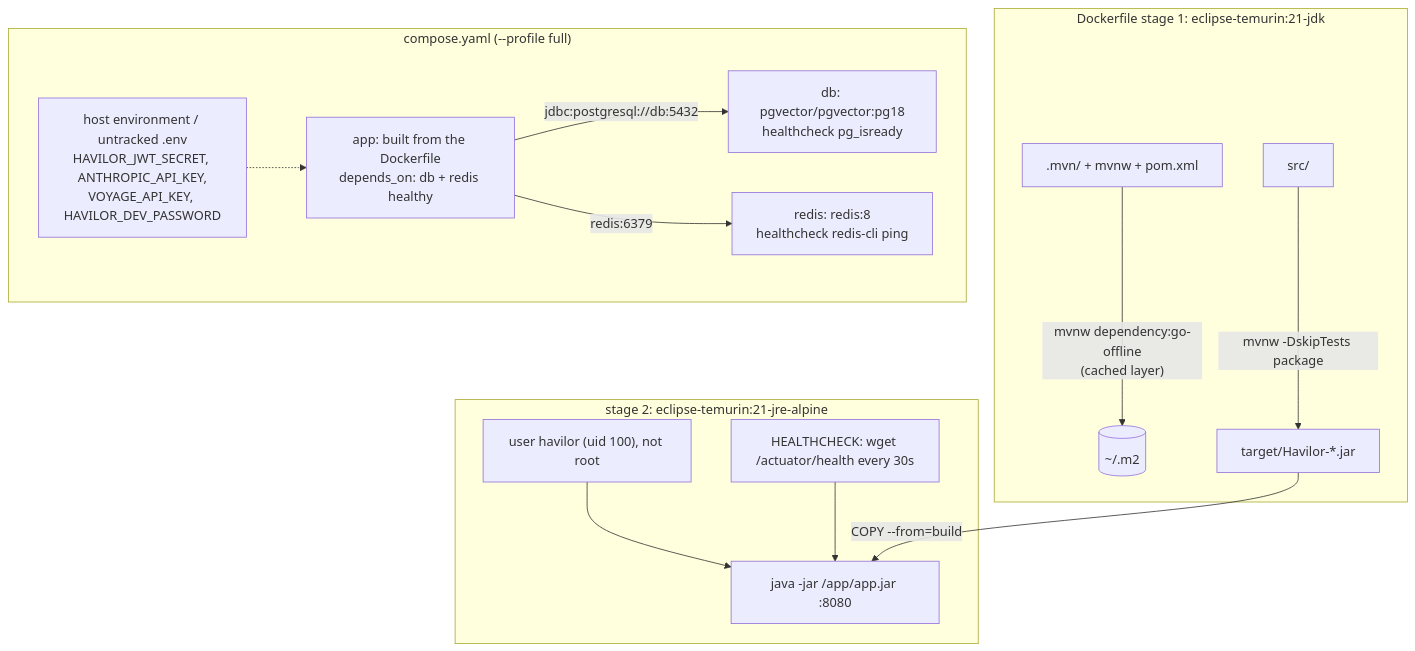
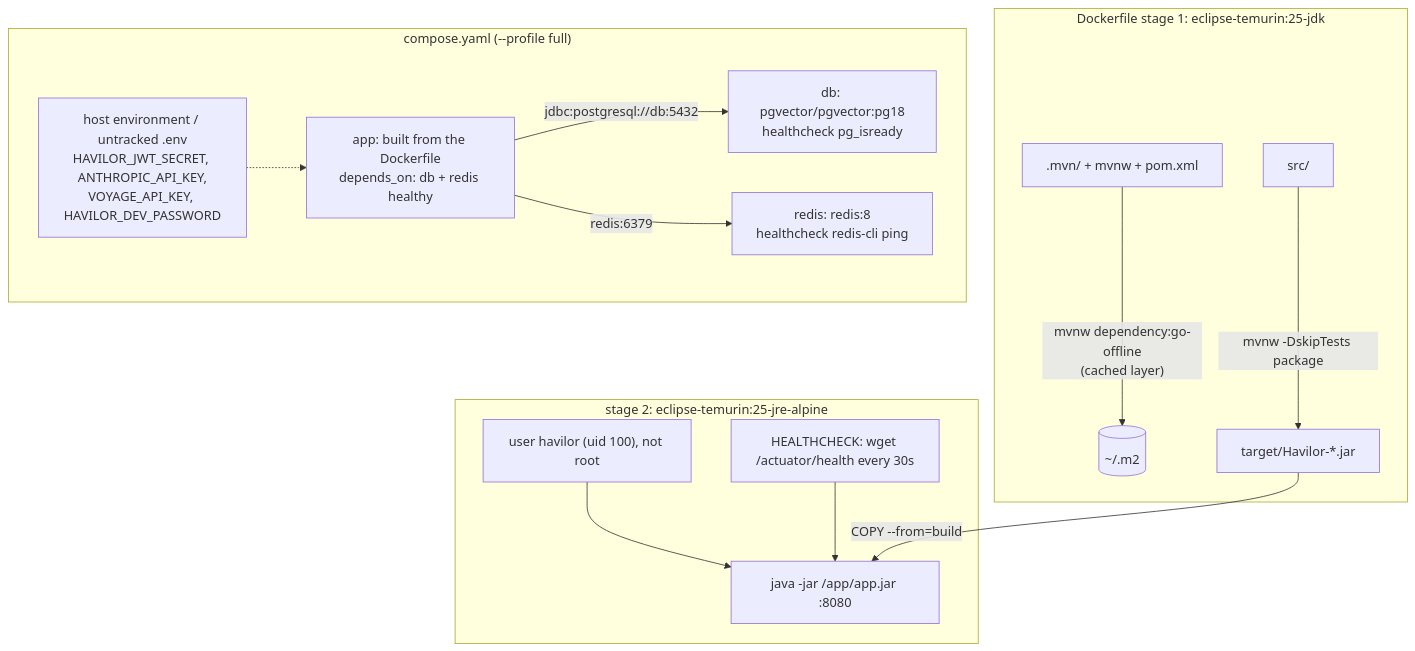
Before and after one commit to LeulG999/Havilor: the diagram in docs/progress/flow-24.md, drawn with Mermaid. The commit also changed other lines of this file and 2 other files, not shown here.

Commit message:
docs: Dockerfile comments and docs describe the Java 25 image (code still targets Java 21)

````diff
--- a/docs/progress/flow-24.md
+++ b/docs/progress/flow-24.md
@@ -20,20 +25,20 @@
 ```mermaid
 flowchart TB
-    subgraph Build["Dockerfile stage 1: eclipse-temurin:21-jdk"]
+    subgraph Build["Dockerfile stage 1: eclipse-temurin:25-jdk"]
         W[".mvn/ + mvnw + pom.xml"] -->|"mvnw dependency:go-offline<br/>(cached layer)"| D[("~/.m2")]
         S["src/"] -->|"mvnw -DskipTests package"| J["target/Havilor-*.jar"]
     end
-    subgraph Run["stage 2: eclipse-temurin:21-jre-alpine"]
+    subgraph Run["stage 2: eclipse-temurin:25-jre-alpine"]
         U["user havilor (uid 100), not root"] --> A["java -jar /app/app.jar :8080"]
         HC["HEALTHCHECK: wget /actuator/health every 30s"] --> A
     end
     J -->|COPY --from=build| A
     subgraph Compose["compose.yaml (--profile full)"]
         DB["db: pgvector/pgvector:pg18<br/>healthcheck pg_isready"]
         R["redis: redis:8<br/>healthcheck redis-cli ping"]
         APP["app: built from the Dockerfile<br/>depends_on: db + redis healthy"]
         ENV["host environment / untracked .env<br/>HAVILOR_JWT_SECRET, ANTHROPIC_API_KEY,<br/>VOYAGE_API_KEY, HAVILOR_DEV_PASSWORD"] -.-> APP
         APP -->|"jdbc:postgresql://db:5432"| DB
         APP -->|"redis:6379"| R
     end
 ```
````
